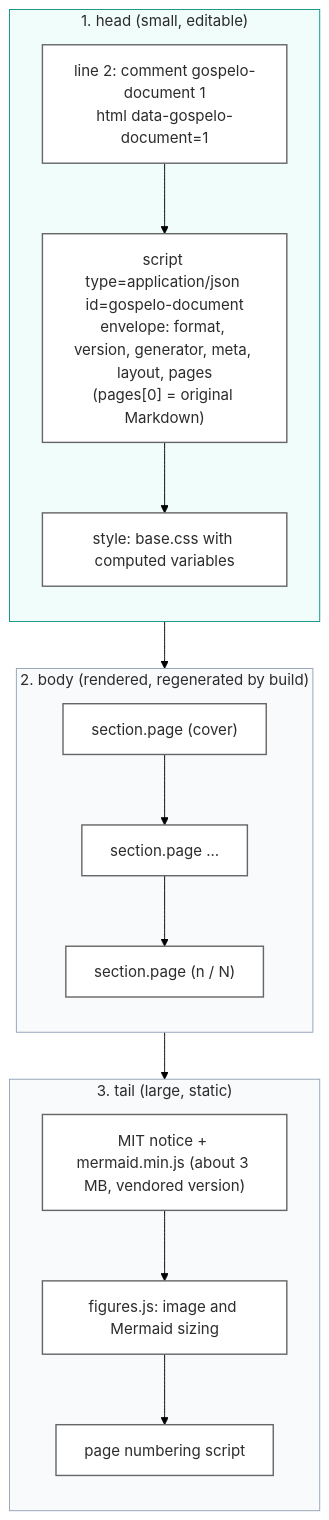
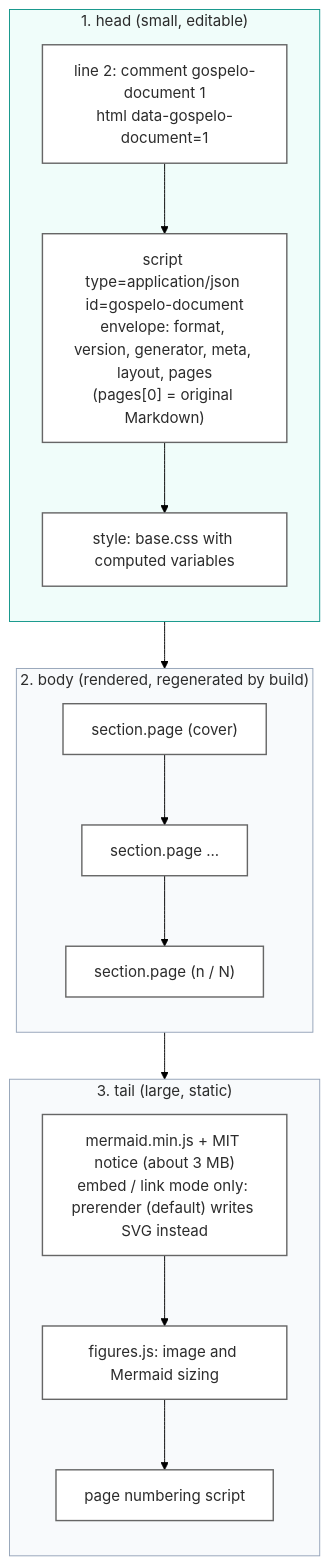
One commit to gospelo-dev/md2html changed the first of 5 diagrams in docs/ARCHITECTURE.md. Above: the diagram before and after it, drawn with Mermaid (forest theme). The commit also changed other lines of this file and 17 other files, not shown here.

````diff
--- a/docs/ARCHITECTURE.md
+++ b/docs/ARCHITECTURE.md
@@ -21,31 +21,31 @@
 ```mermaid
 flowchart TB
     subgraph Head["1. head (small, editable)"]
         direction TB
         SIG["line 2: comment gospelo-document 1<br/>html data-gospelo-document=1"]
         ENV["script type=application/json id=gospelo-document<br/>envelope: format, version, generator, meta, layout, pages<br/>(pages[0] = original Markdown)"]
         S["style: base.css with computed variables"]
         SIG --> ENV --> S
     end
     subgraph Body["2. body (rendered, regenerated by build)"]
         direction TB
         P1["section.page (cover)"]
         P2["section.page ..."]
         Pn["section.page (n / N)"]
         P1 --> P2 --> Pn
     end
     subgraph Tail["3. tail (large, static)"]
         direction TB
-        MJ["MIT notice + mermaid.min.js (about 3 MB, vendored version)"]
+        MJ["mermaid.min.js + MIT notice (about 3 MB)<br/>embed / link mode only: prerender (default) writes SVG instead"]
         F["figures.js: image and Mermaid sizing"]
         N["page numbering script"]
         MJ --> F --> N
     end
     Head --> Body --> Tail
 
     classDef node fill:#FFFFFF,stroke:#666666,stroke-width:1.5px,color:#2C2C2C
     class SIG,ENV,S,P1,P2,Pn,F,N,MJ node
     style Head fill:#F0FDFA,stroke:#0D9488,color:#2C2C2C
     style Body fill:#F8FAFC,stroke:#94A3B8,color:#2C2C2C
     style Tail fill:#F8FAFC,stroke:#94A3B8,color:#2C2C2C
 ```
````
